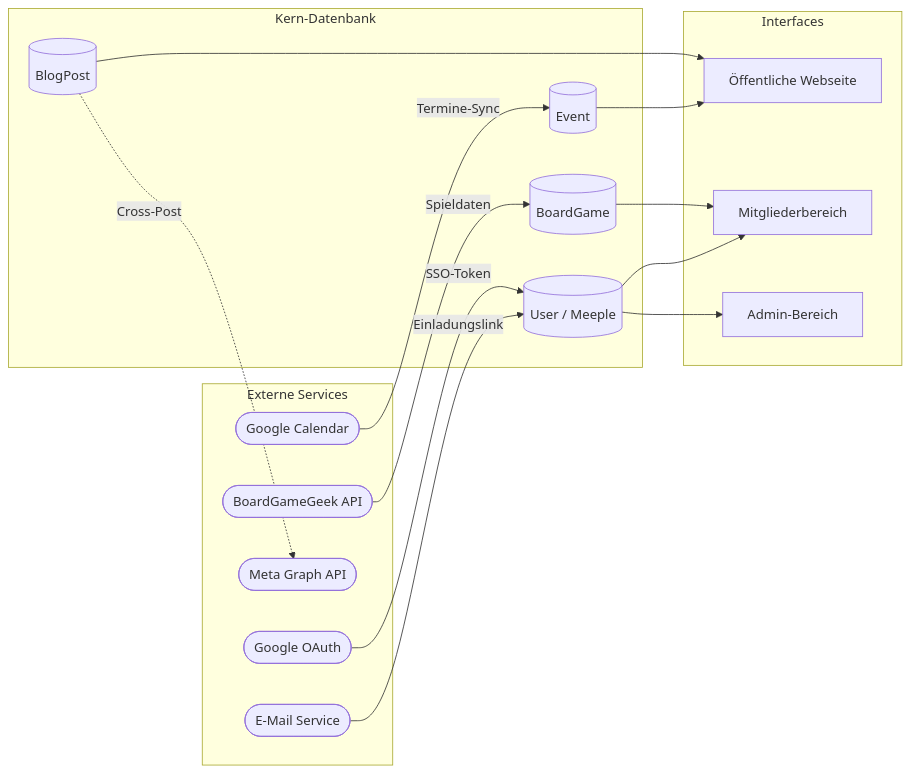
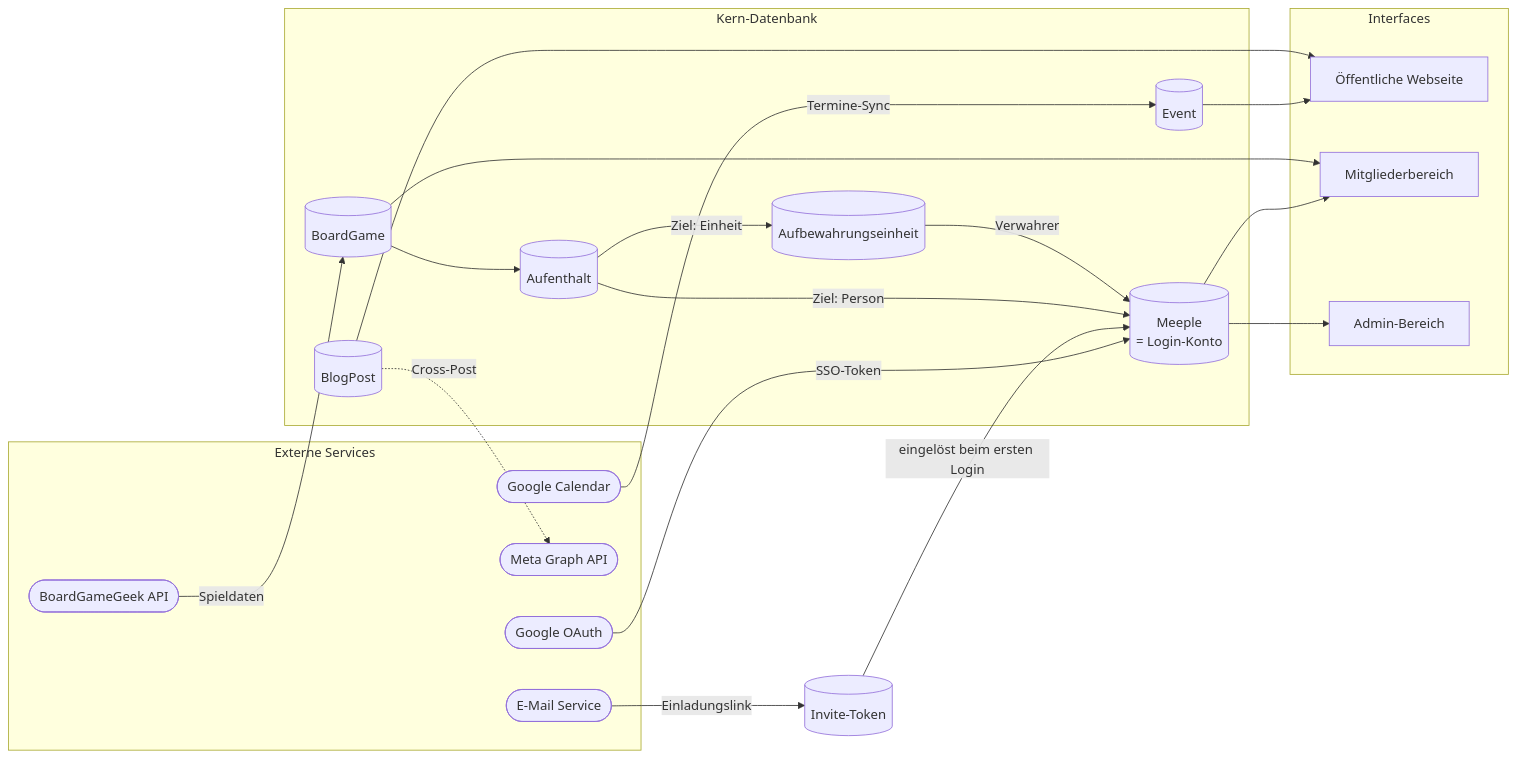
Before and after one commit to oecher-meeples/portal: the first of 8 diagrams in docs/flow.md, drawn with Mermaid. The commit also changed other lines of this file and 1 other file, not shown here.

Commit message:
docs: align data flow diagrams with the holding model

````diff
--- a/docs/flow.md
+++ b/docs/flow.md
@@ -9,35 +9,43 @@
 ```mermaid
 flowchart LR
     subgraph EXT["Externe Services"]
         GCal([Google Calendar])
         BGGAPI([BoardGameGeek API])
         MetaAPI([Meta Graph API])
         EmailSvc([E-Mail Service])
         GoogleOAuth([Google OAuth])
     end
 
     subgraph CORE["Kern-Datenbank"]
         Event[(Event)]
         BlogPost[(BlogPost)]
         BoardGame[(BoardGame)]
-        UserMeeple[(User / Meeple)]
+        Meeple[("Meeple<br/>= Login-Konto")]
+        Unit[(Aufbewahrungseinheit)]
+        Holding[(Aufenthalt)]
     end
 
     subgraph UI["Interfaces"]
         PublicSite[Öffentliche Webseite]
         MemberArea[Mitgliederbereich]
         AdminArea[Admin-Bereich]
     end
 
     GCal -->|Termine-Sync| Event
     BGGAPI -->|Spieldaten| BoardGame
-    EmailSvc -->|Einladungslink| UserMeeple
-    GoogleOAuth -->|SSO-Token| UserMeeple
+    EmailSvc -->|Einladungslink| Invite[(Invite-Token)]
+    GoogleOAuth -->|SSO-Token| Meeple
+    Invite -->|eingelöst beim ersten Login| Meeple
     BlogPost -.->|Cross-Post| MetaAPI
+
+    BoardGame --> Holding
+    Holding -->|Ziel: Einheit| Unit
+    Holding -->|Ziel: Person| Meeple
+    Unit -->|Verwahrer| Meeple
 
     Event --> PublicSite
     BlogPost --> PublicSite
-    UserMeeple --> MemberArea
-    UserMeeple --> AdminArea
+    Meeple --> MemberArea
+    Meeple --> AdminArea
     BoardGame --> MemberArea
 ```
````
